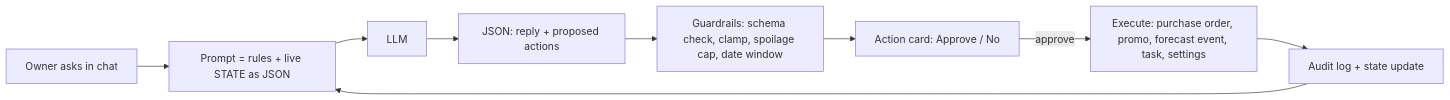
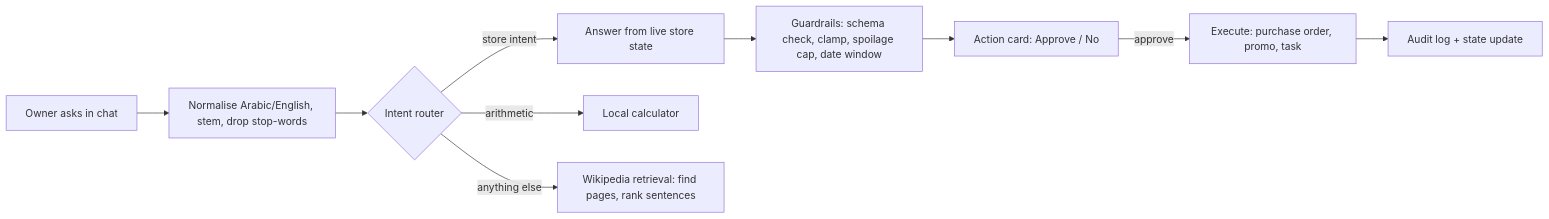
Before and after one commit to Aiwadod/khudra-ai: the diagram in README.md, drawn with Mermaid. The commit also changed other lines of this file, not shown here.

````diff
--- a/README.md
+++ b/README.md
@@ -45,11 +45,12 @@
 ```mermaid
 flowchart LR
-  U[Owner asks in chat] --> P[Prompt = rules + live STATE as JSON]
-  P --> M[LLM]
-  M --> J["JSON: reply + proposed actions"]
-  J --> G[Guardrails: schema check, clamp, spoilage cap, date window]
+  U[Owner asks in chat] --> N[Normalise Arabic/English, stem, drop stop-words]
+  N --> R{Intent router}
+  R -- store intent --> S[Answer from live store state]
+  R -- arithmetic --> K[Local calculator]
+  R -- anything else --> W[Wikipedia retrieval: find pages, rank sentences]
+  S --> G[Guardrails: schema check, clamp, spoilage cap, date window]
   G --> C[Action card: Approve / No]
-  C -- approve --> X[Execute: purchase order, promo, forecast event, task, settings]
+  C -- approve --> X[Execute: purchase order, promo, task]
   X --> L[Audit log + state update]
-  L --> P
 ```
````
